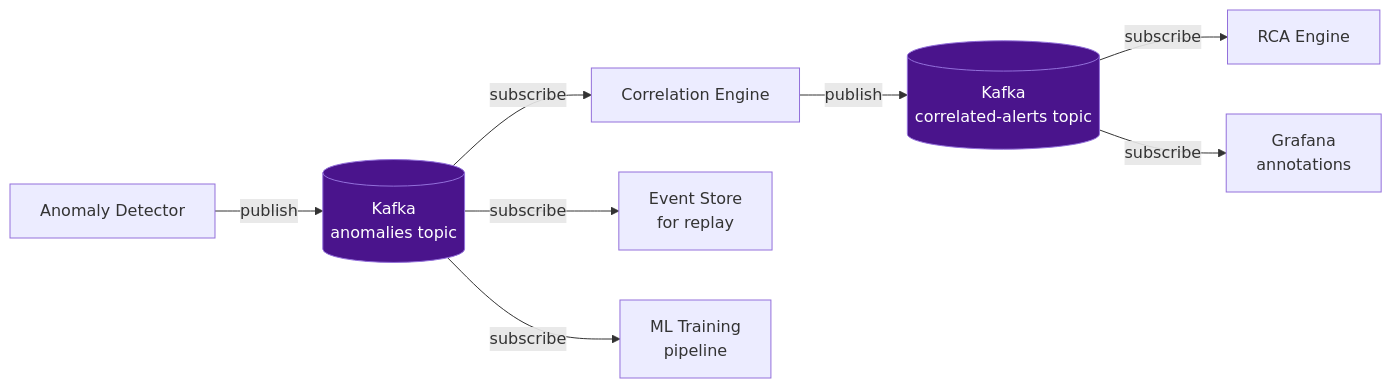
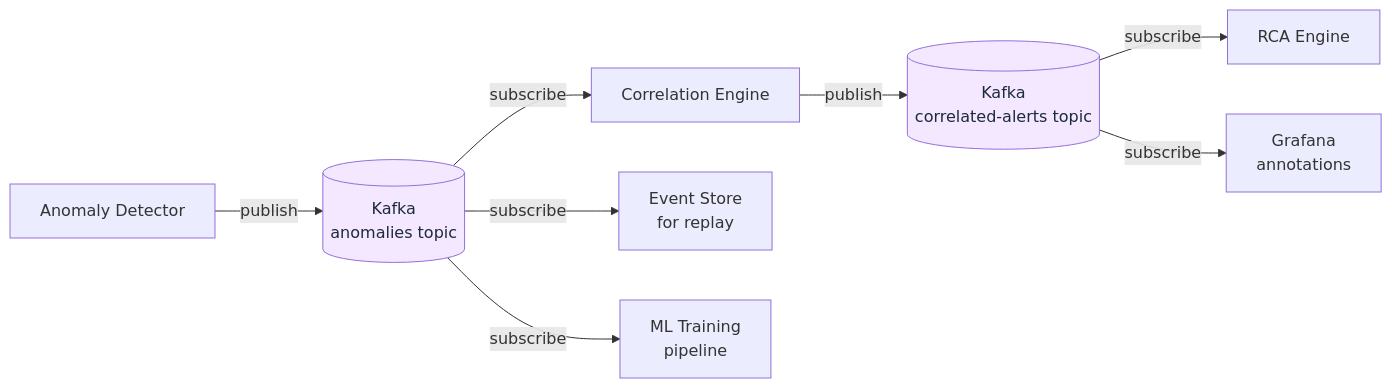
The second of 10 diagrams in docs/en/07-kafka/README.md (XUanhoa04/aiops-engineering-handbook), drawn with Mermaid before and after one commit. The commit also changed other lines of this file and 39 other files, not shown here.

First line of the commit message:
docs: concept-first Ch.08-12, collapse code, soft Mermaid colors

````diff
--- a/docs/en/07-kafka/README.md
+++ b/docs/en/07-kafka/README.md
@@ -102,14 +102,14 @@
 ```mermaid
 graph LR
     AD[Anomaly Detector] -->|publish| K1[(Kafka\nanomalies topic)]
     K1 -->|subscribe| CORR[Correlation Engine]
     K1 -->|subscribe| STORE[Event Store\nfor replay]
     K1 -->|subscribe| TRAIN[ML Training\npipeline]
 
     CORR -->|publish| K2[(Kafka\ncorrelated-alerts topic)]
     K2 -->|subscribe| RCA[RCA Engine]
     K2 -->|subscribe| GRAFANA[Grafana\nannotations]
 
-    style K1 fill:#4a148c,color:#fff
-    style K2 fill:#4a148c,color:#fff
+    style K1 fill:#f3e8ff,color:#1e293b
+    style K2 fill:#f3e8ff,color:#1e293b
 ```
````
